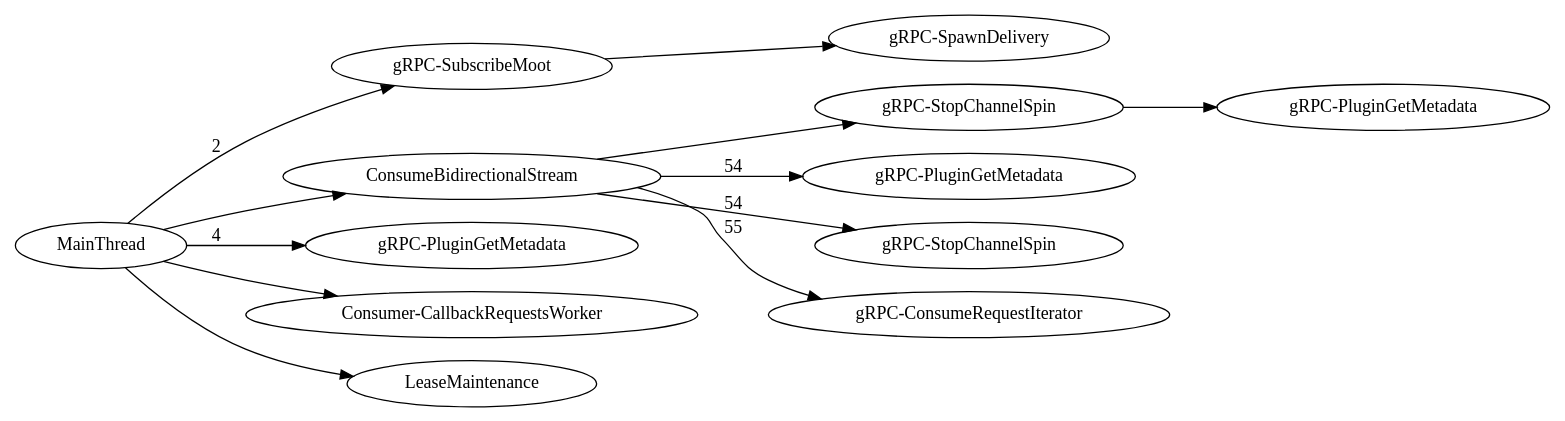
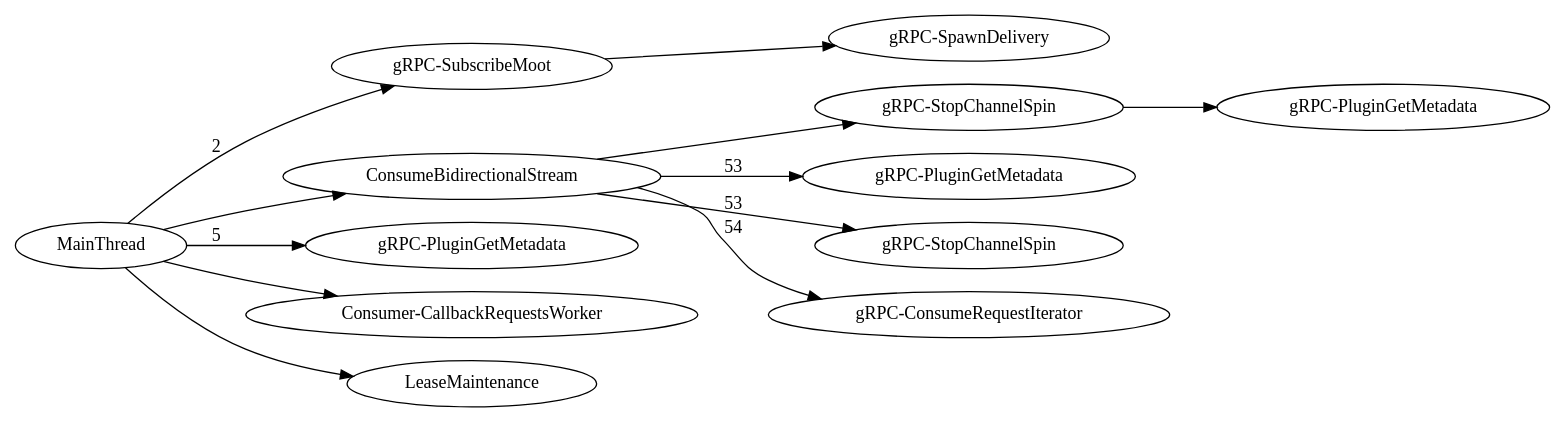
Before and after one commit to dhermes/google-cloud-pubsub-performance: the diagram in no-messages-too/0.29.4.dot, drawn with Graphviz. The commit also changed 3 other files, not shown here.

```diff
--- a/no-messages-too/0.29.4.dot
+++ b/no-messages-too/0.29.4.dot
@@ -1,58 +1,58 @@
 digraph G {
 rankdir=LR;
 subgraph  {
 subgraph  {
 }
 
 "Thread-gRPC-SubscribeMoot" -> "Thread-gRPC-SpawnDelivery";
 }
 
 subgraph  {
 }
 
 subgraph  {
 }
 
 subgraph  {
 subgraph  {
 }
 
 subgraph  {
 }
 
 subgraph  {
 }
 
 subgraph  {
 subgraph  {
 }
 
-"Thread-gRPC-StopChannelSpin+++++++++++++++++++++++++++++++++++++++++" -> "Thread-gRPC-PluginGetMetadata+++++++++++++++++++++++++++++++++++++++++++";
+"Thread-gRPC-StopChannelSpin+++++++++++++++++++++++++++++++" -> "Thread-gRPC-PluginGetMetadata+++++++++++++++++++++++++++++++++";
 }
 
-"Thread-ConsumeBidirectionalStream" -> "Thread-gRPC-PluginGetMetadata++"  [label=54];
-"Thread-ConsumeBidirectionalStream" -> "Thread-gRPC-StopChannelSpin"  [label=54];
-"Thread-ConsumeBidirectionalStream" -> "Thread-gRPC-ConsumeRequestIterator"  [label=55];
-"Thread-ConsumeBidirectionalStream" -> "Thread-gRPC-StopChannelSpin+++++++++++++++++++++++++++++++++++++++++";
+"Thread-ConsumeBidirectionalStream" -> "Thread-gRPC-PluginGetMetadata++"  [label=53];
+"Thread-ConsumeBidirectionalStream" -> "Thread-gRPC-StopChannelSpin"  [label=53];
+"Thread-ConsumeBidirectionalStream" -> "Thread-gRPC-ConsumeRequestIterator"  [label=54];
+"Thread-ConsumeBidirectionalStream" -> "Thread-gRPC-StopChannelSpin+++++++++++++++++++++++++++++++";
 }
 
 subgraph  {
 }
 
 MainThread -> "Thread-gRPC-SubscribeMoot"  [label=2];
-MainThread -> "Thread-gRPC-PluginGetMetadata"  [label=4];
+MainThread -> "Thread-gRPC-PluginGetMetadata"  [label=5];
 MainThread -> "Thread-Consumer-CallbackRequestsWorker";
 MainThread -> "Thread-ConsumeBidirectionalStream";
 MainThread -> "Thread-LeaseMaintenance";
-"Thread-gRPC-SubscribeMoot" [label="gRPC-SubscribeMoot"];
-"Thread-gRPC-StopChannelSpin" [label="gRPC-StopChannelSpin"];
 "Thread-ConsumeBidirectionalStream" [label=ConsumeBidirectionalStream];
-"Thread-gRPC-StopChannelSpin+++++++++++++++++++++++++++++++++++++++++" [label="gRPC-StopChannelSpin"];
-"Thread-Consumer-CallbackRequestsWorker" [label="Consumer-CallbackRequestsWorker"];
-"Thread-LeaseMaintenance" [label=LeaseMaintenance];
-"Thread-gRPC-PluginGetMetadata" [label="gRPC-PluginGetMetadata"];
-"Thread-gRPC-PluginGetMetadata+++++++++++++++++++++++++++++++++++++++++++" [label="gRPC-PluginGetMetadata"];
 "Thread-gRPC-ConsumeRequestIterator" [label="gRPC-ConsumeRequestIterator"];
 "Thread-gRPC-PluginGetMetadata++" [label="gRPC-PluginGetMetadata"];
 "Thread-gRPC-SpawnDelivery" [label="gRPC-SpawnDelivery"];
+"Thread-gRPC-StopChannelSpin+++++++++++++++++++++++++++++++" [label="gRPC-StopChannelSpin"];
+"Thread-gRPC-StopChannelSpin" [label="gRPC-StopChannelSpin"];
+"Thread-LeaseMaintenance" [label=LeaseMaintenance];
+"Thread-gRPC-PluginGetMetadata" [label="gRPC-PluginGetMetadata"];
+"Thread-gRPC-PluginGetMetadata+++++++++++++++++++++++++++++++++" [label="gRPC-PluginGetMetadata"];
+"Thread-gRPC-SubscribeMoot" [label="gRPC-SubscribeMoot"];
+"Thread-Consumer-CallbackRequestsWorker" [label="Consumer-CallbackRequestsWorker"];
 }
```
